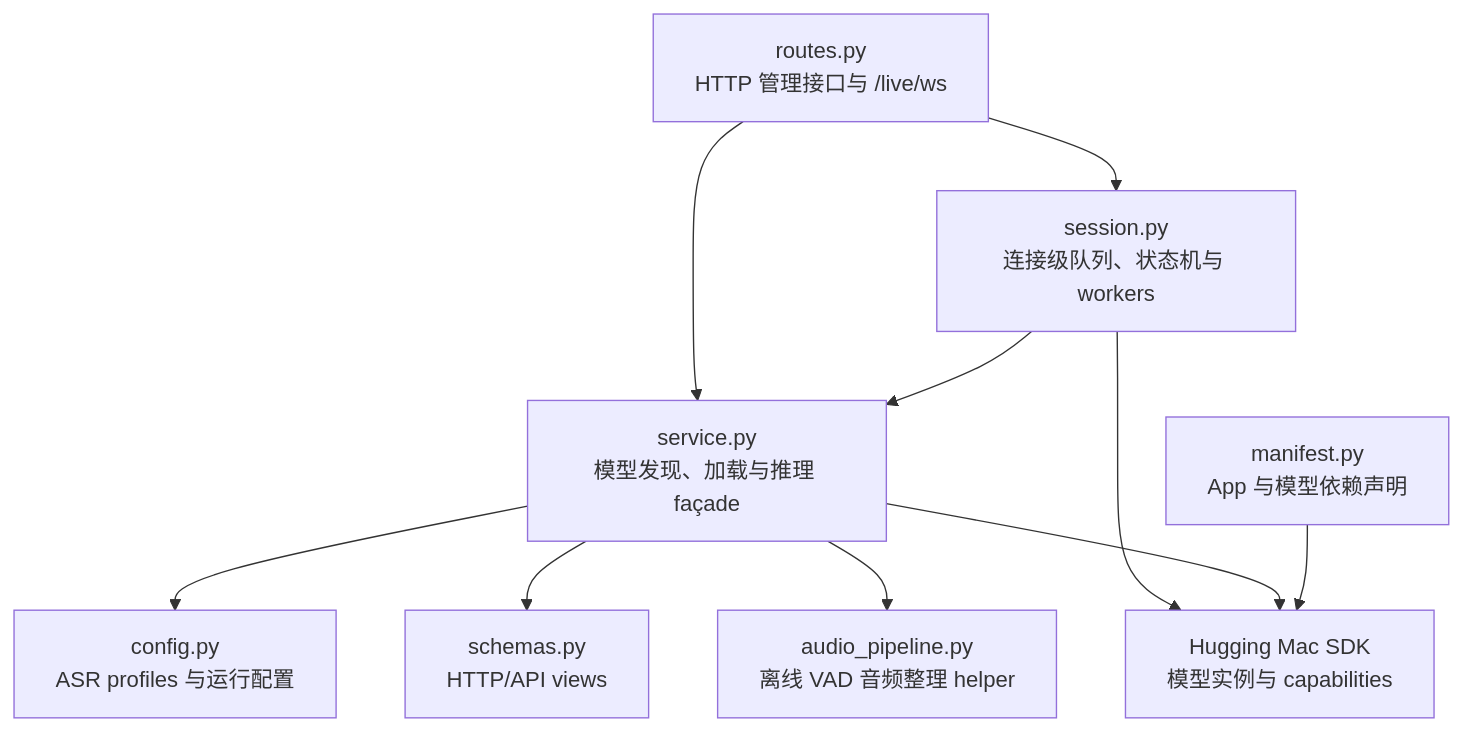
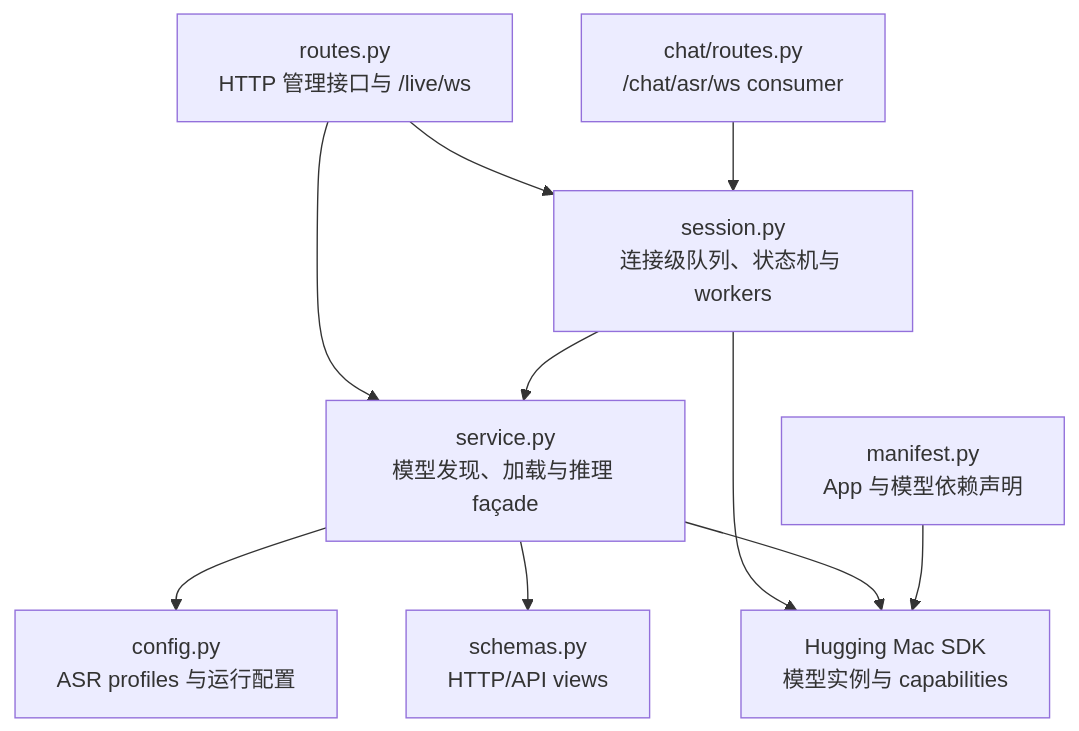
One commit to devilyouwei/hugging-mac changed the second of 6 diagrams in apps/web/backend/src/hugging_mac_web/live_transcription/README.md. Above: the diagram before and after it, drawn with Mermaid. The commit also changed other lines of this file and 13 other files, not shown here.

Commit message:
refactor: unify live and chat ASR pipelines

````diff
--- a/apps/web/backend/src/hugging_mac_web/live_transcription/README.md
+++ b/apps/web/backend/src/hugging_mac_web/live_transcription/README.md
@@ -48,21 +50,21 @@
 ```mermaid
 flowchart TB
     ROUTES[routes.py<br/>HTTP 管理接口与 /live/ws]
+    CHAT[chat/routes.py<br/>/chat/asr/ws consumer]
     SESSION[session.py<br/>连接级队列、状态机与 workers]
     SERVICE[service.py<br/>模型发现、加载与推理 façade]
     CONFIG[config.py<br/>ASR profiles 与运行配置]
     SCHEMAS[schemas.py<br/>HTTP/API views]
     MANIFEST[manifest.py<br/>App 与模型依赖声明]
-    AUDIO[audio_pipeline.py<br/>离线 VAD 音频整理 helper]
     SDK[Hugging Mac SDK<br/>模型实例与 capabilities]
 
     ROUTES --> SESSION
+    CHAT --> SESSION
     ROUTES --> SERVICE
     SESSION --> SERVICE
     SESSION --> SDK
     SERVICE --> CONFIG
     SERVICE --> SCHEMAS
-    SERVICE --> AUDIO
     SERVICE --> SDK
     MANIFEST --> SDK
 ```
````
